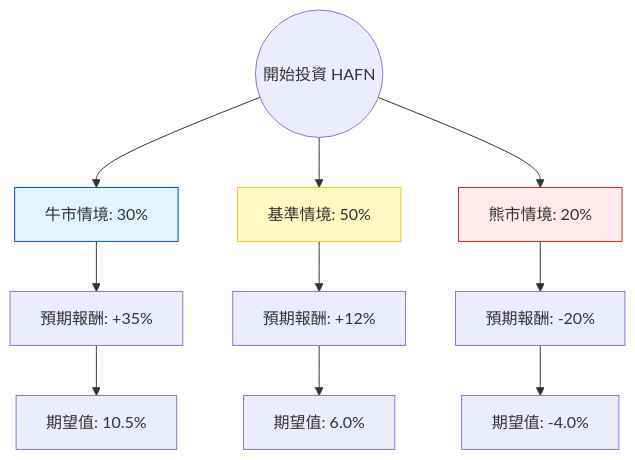
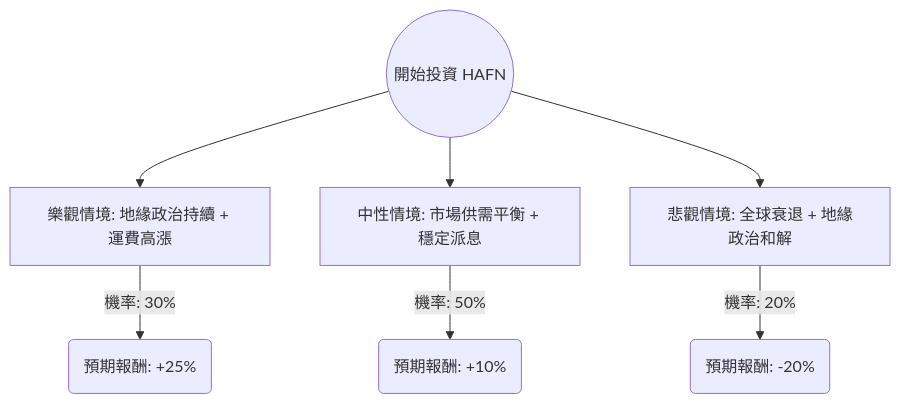
One commit to zmcx16/zmcx16.github.io changed the diagram in plugin-react/ai-analysis/ev-analysis/HAFN.md. Above: the diagram before and after it, drawn with Mermaid. The commit also changed other lines of this file and 80 other files, not shown here.

````diff
--- a/plugin-react/ai-analysis/ev-analysis/HAFN.md
+++ b/plugin-react/ai-analysis/ev-analysis/HAFN.md
@@ -21,19 +23,10 @@
 ```mermaid
 graph TD
-    Start((開始投資 HAFN)) --> Bull[牛市情境: 30%]
-    Start --> Base[基準情境: 50%]
-    Start --> Bear[熊市情境: 20%]
+    Start((開始投資 HAFN)) --> Bull[樂觀情境: 地緣政治持續 + 運費高漲]
+    Start --> Base[中性情境: 市場供需平衡 + 穩定派息]
+    Start --> Bear[悲觀情境: 全球衰退 + 地緣政治和解]
 
-    Bull --> Bull_Ret[預期報酬: +35%]
-    Bull_Ret --> Bull_EV[期望值: 10.5%]
-
-    Base --> Base_Ret[預期報酬: +12%]
-    Base_Ret --> Base_EV[期望值: 6.0%]
-
-    Bear --> Bear_Ret[預期報酬: -20%]
-    Bear_Ret --> Bear_EV[期望值: -4.0%]
-
-    style Bull fill:#e1f5fe,stroke:#01579b
-    style Base fill:#fff9c4,stroke:#fbc02d
-    style Bear fill:#ffebee,stroke:#c62828
+    Bull -- "機率: 30%" --> BullResult(預期報酬: +25%)
+    Base -- "機率: 50%" --> BaseResult(預期報酬: +10%)
+    Bear -- "機率: 20%" --> BearResult(預期報酬: -20%)
 ```
````
